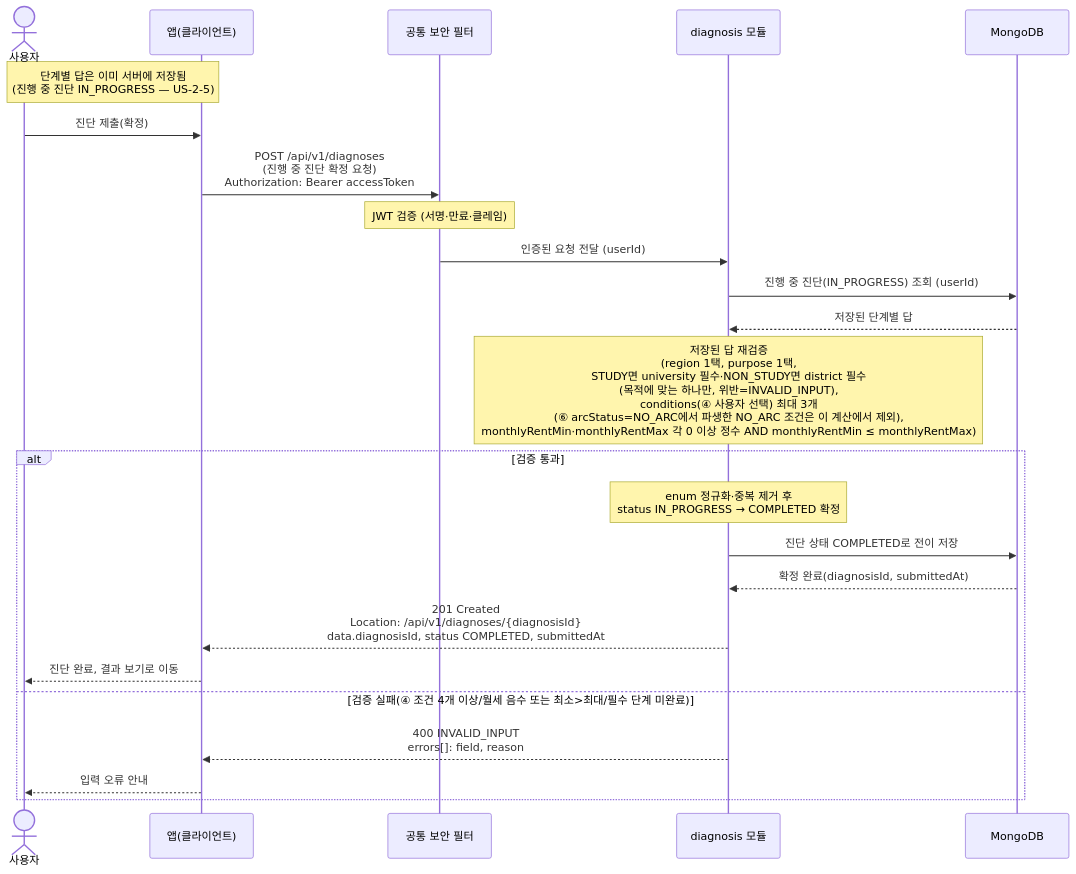
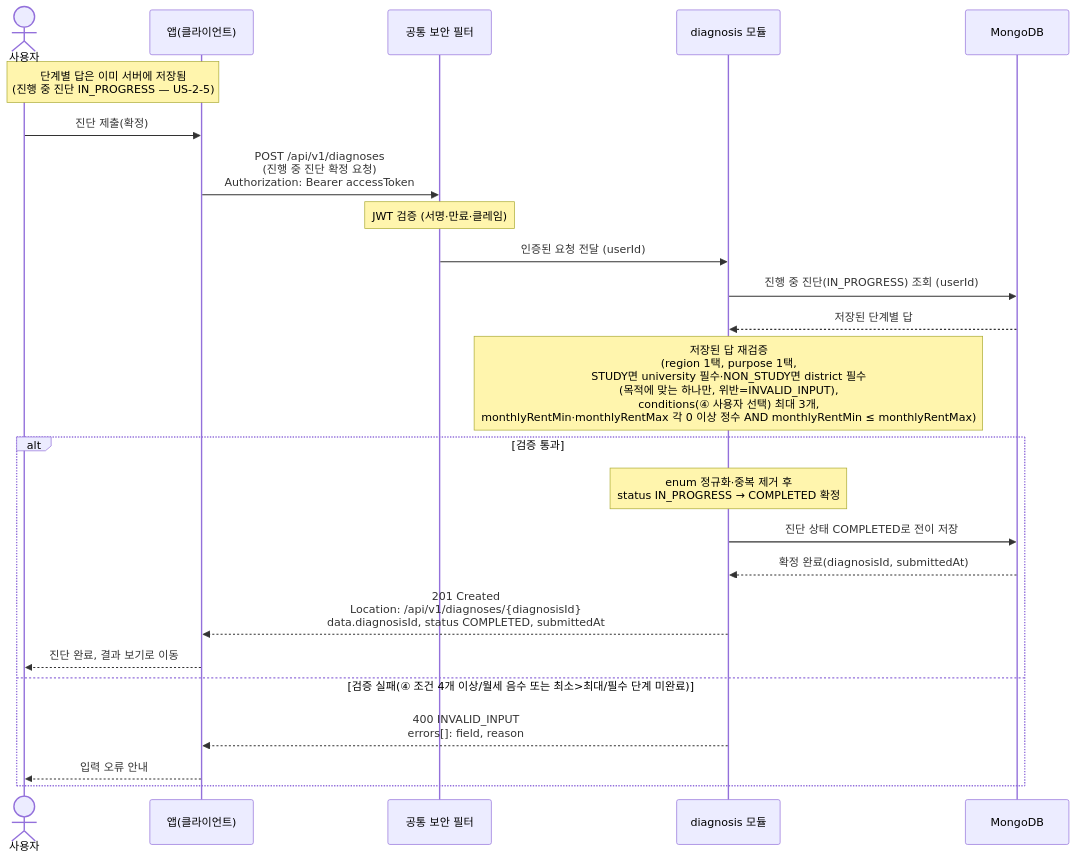
The diagram in docs/architecture/sequence-diagrams/02-diagnosis-recommendation/us-2-1-submit-diagnosis.md (jameskim9509/Kohere-backend), drawn with Mermaid before and after one commit. The commit also changed other lines of this file and 210 other files, not shown here.

````diff
--- a/docs/architecture/sequence-diagrams/02-diagnosis-recommendation/us-2-1-submit-diagnosis.md
+++ b/docs/architecture/sequence-diagrams/02-diagnosis-recommendation/us-2-1-submit-diagnosis.md
@@ -5,27 +5,27 @@
 ```mermaid
 sequenceDiagram
     actor U as 사용자
     participant C as 앱(클라이언트)
     participant SEC as 공통 보안 필터
     participant DIAG as diagnosis 모듈
     participant DB as MongoDB
 
     Note over U,C: 단계별 답은 이미 서버에 저장됨<br/>(진행 중 진단 IN_PROGRESS — US-2-5)
     U->>C: 진단 제출(확정)
     C->>SEC: POST /api/v1/diagnoses<br/>(진행 중 진단 확정 요청)<br/>Authorization: Bearer accessToken
     Note over SEC: JWT 검증 (서명·만료·클레임)
     SEC->>DIAG: 인증된 요청 전달 (userId)
     DIAG->>DB: 진행 중 진단(IN_PROGRESS) 조회 (userId)
     DB-->>DIAG: 저장된 단계별 답
-    Note over DIAG: 저장된 답 재검증<br/>(region 1택, purpose 1택,<br/>STUDY면 university 필수·NON_STUDY면 district 필수<br/>(목적에 맞는 하나만, 위반=INVALID_INPUT),<br/>conditions(④ 사용자 선택) 최대 3개<br/>(⑥ arcStatus=NO_ARC에서 파생한 NO_ARC 조건은 이 계산에서 제외),<br/>monthlyRentMin·monthlyRentMax 각 0 이상 정수 AND monthlyRentMin ≤ monthlyRentMax)
+    Note over DIAG: 저장된 답 재검증<br/>(region 1택, purpose 1택,<br/>STUDY면 university 필수·NON_STUDY면 district 필수<br/>(목적에 맞는 하나만, 위반=INVALID_INPUT),<br/>conditions(④ 사용자 선택) 최대 3개,<br/>monthlyRentMin·monthlyRentMax 각 0 이상 정수 AND monthlyRentMin ≤ monthlyRentMax)
     alt 검증 통과
         Note over DIAG: enum 정규화·중복 제거 후<br/>status IN_PROGRESS → COMPLETED 확정
         DIAG->>DB: 진단 상태 COMPLETED로 전이 저장
         DB-->>DIAG: 확정 완료(diagnosisId, submittedAt)
         DIAG-->>C: 201 Created<br/>Location: /api/v1/diagnoses/{diagnosisId}<br/>data.diagnosisId, status COMPLETED, submittedAt
         C-->>U: 진단 완료, 결과 보기로 이동
     else 검증 실패(④ 조건 4개 이상/월세 음수 또는 최소>최대/필수 단계 미완료)
         DIAG-->>C: 400 INVALID_INPUT<br/>errors[]: field, reason
         C-->>U: 입력 오류 안내
     end
 ```
````
